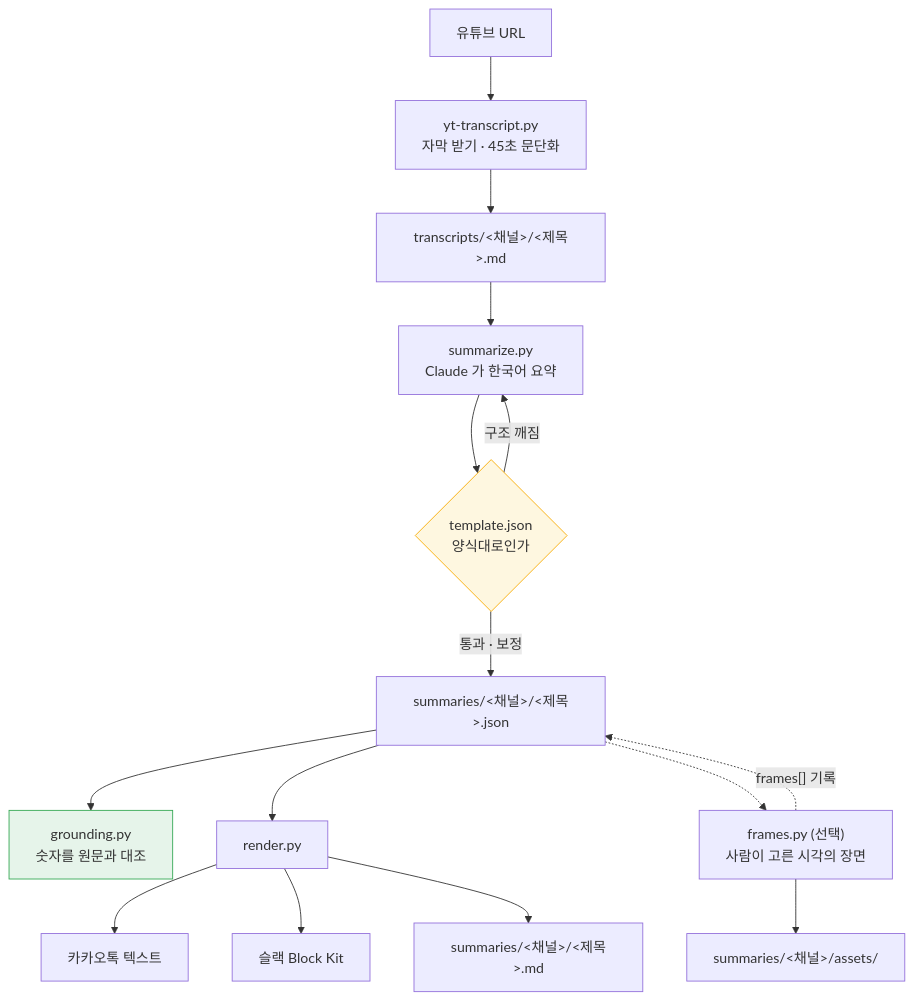
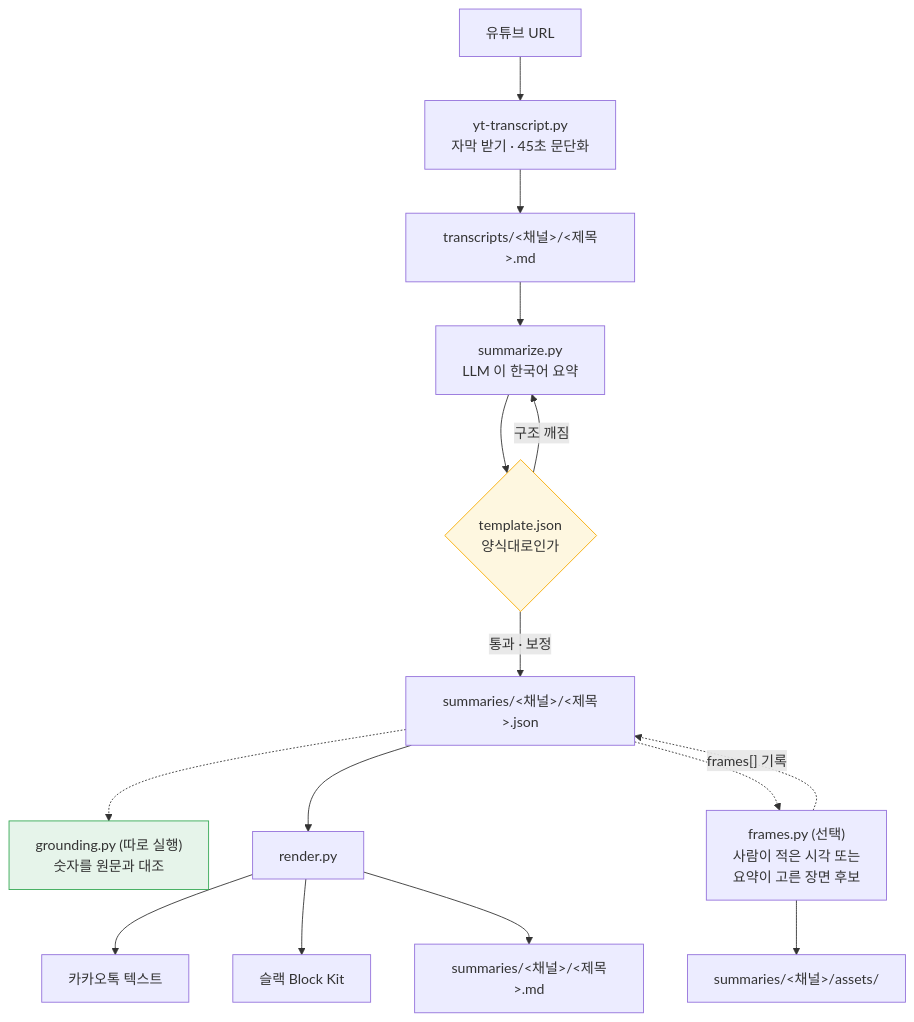
The diagram in README.md (junh0328/youtube-transcript-extractor), drawn with Mermaid before and after one commit. The commit also changed other lines of this file and 14 other files, not shown here.

````diff
--- a/README.md
+++ b/README.md
@@ -15,20 +16,20 @@
 ```mermaid
 flowchart TD
     A["유튜브 URL"] --> B["yt-transcript.py<br/>자막 받기 · 45초 문단화"]
     B --> C["transcripts/&lt;채널&gt;/&lt;제목&gt;.md"]
-    C --> D["summarize.py<br/>Claude 가 한국어 요약"]
+    C --> D["summarize.py<br/>LLM 이 한국어 요약"]
     D --> E{"template.json<br/>양식대로인가"}
     E -->|"구조 깨짐"| D
     E -->|"통과 · 보정"| F["summaries/&lt;채널&gt;/&lt;제목&gt;.json"]
-    F --> G["grounding.py<br/>숫자를 원문과 대조"]
+    F -.-> G["grounding.py (따로 실행)<br/>숫자를 원문과 대조"]
     F --> H["render.py"]
     H --> I1["카카오톡 텍스트"]
     H --> I2["슬랙 Block Kit"]
     H --> I3["summaries/&lt;채널&gt;/&lt;제목&gt;.md"]
-    F -.-> J["frames.py (선택)<br/>사람이 고른 시각의 장면"]
+    F -.-> J["frames.py (선택)<br/>사람이 적은 시각 또는<br/>요약이 고른 장면 후보"]
     J --> K["summaries/&lt;채널&gt;/assets/"]
     J -.->|"frames[] 기록"| F
 
     style E fill:#fef7e0,stroke:#f9ab00
     style G fill:#e6f4ea,stroke:#34a853
 ```
````
